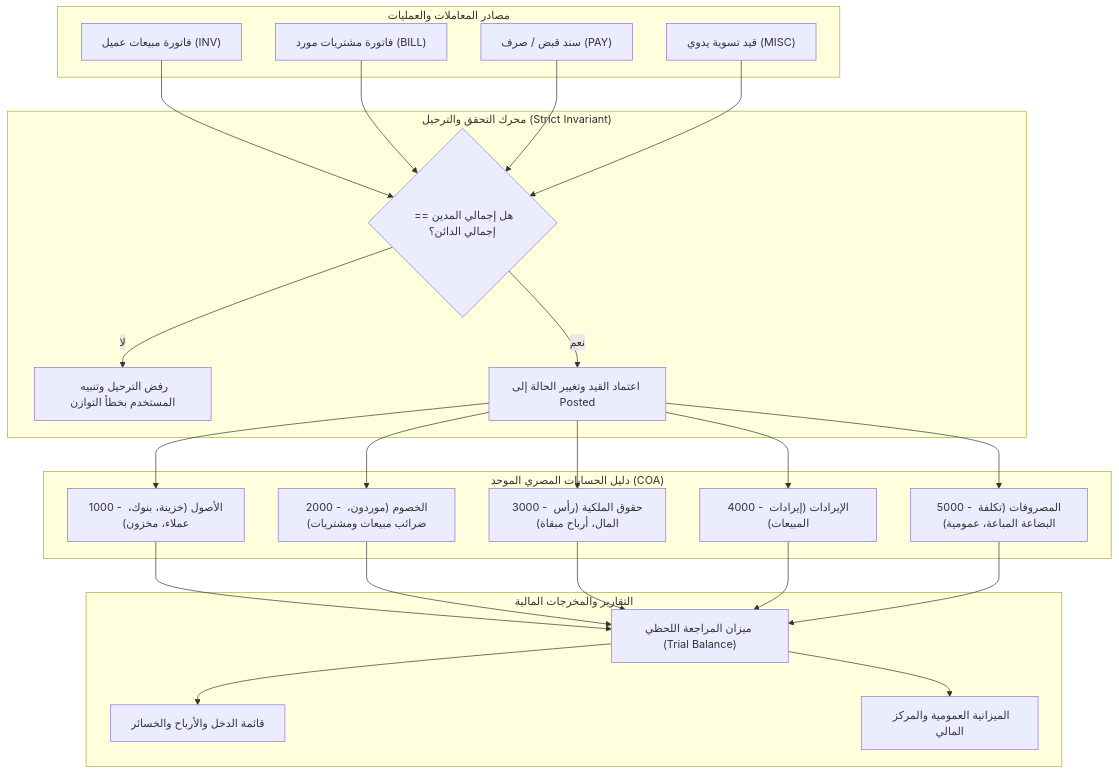
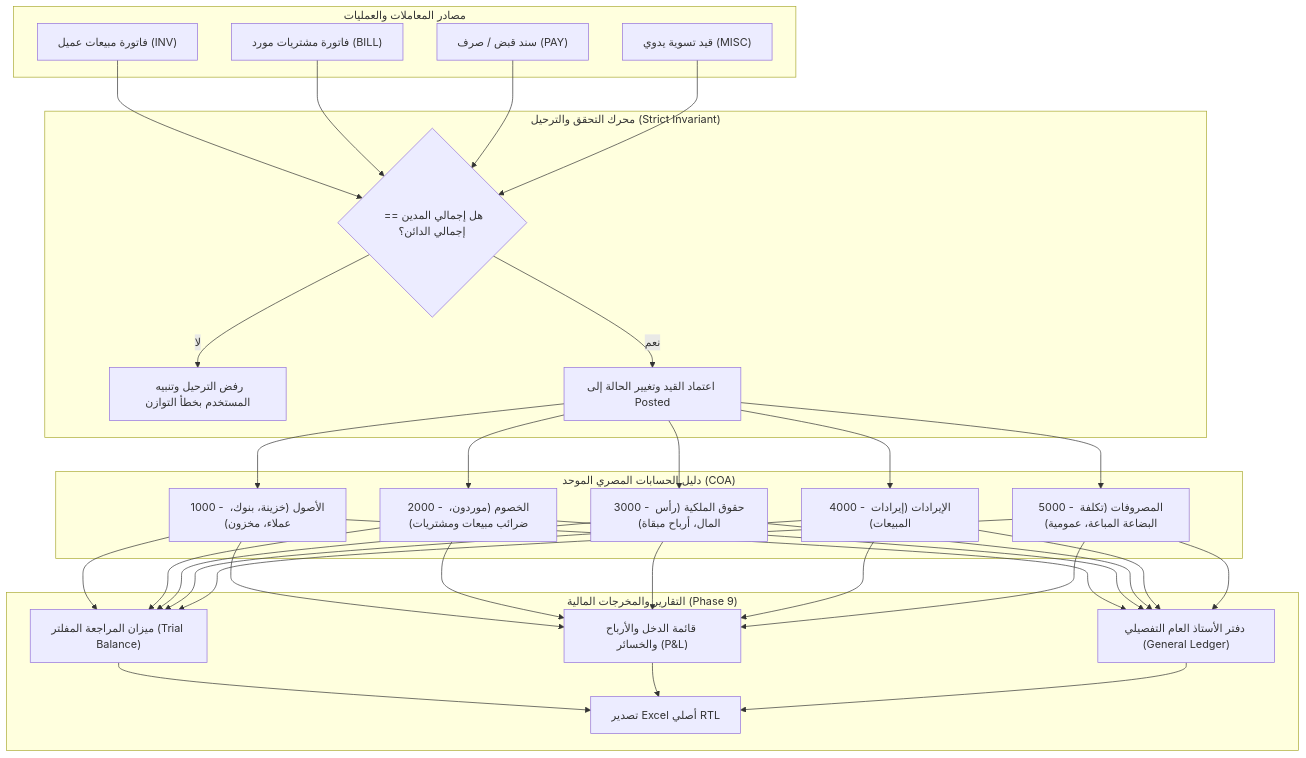
The sixth of 8 diagrams in README.md (Omar-b381/MIZAN-ERP), drawn with Mermaid before and after one commit. The commit also changed other lines of this file, not shown here.

Commit message:
docs: update README with Phase 9 reports, printing diagrams and full test metrics

````diff
--- a/README.md
+++ b/README.md
@@ -243,36 +256,37 @@
 ```mermaid
 flowchart TD
     subgraph Transaction_Sources ["مصادر المعاملات والعمليات"]
         T1["فاتورة مبيعات عميل (INV)"]
         T2["فاتورة مشتريات مورد (BILL)"]
         T3["سند قبض / صرف (PAY)"]
         T4["قيد تسوية يدوي (MISC)"]
     end
 
     subgraph Validation ["محرك التحقق والترحيل (Strict Invariant)"]
         Engine{"هل إجمالي المدين == إجمالي الدائن؟"}
         Reject["رفض الترحيل وتنبيه المستخدم بخطأ التوازن"]
         Post["اعتماد القيد وتغيير الحالة إلى Posted"]
     end
 
     subgraph Chart_Of_Accounts ["دليل الحسابات المصري الموحد (COA)"]
         Assets["1000 - الأصول (خزينة، بنوك، عملاء، مخزون)"]
         Liabilities["2000 - الخصوم (موردون، ضرائب مبيعات ومشتريات)"]
         Equity["3000 - حقوق الملكية (رأس المال، أرباح مبقاة)"]
         Revenue["4000 - الإيرادات (إيرادات المبيعات)"]
         Expenses["5000 - المصروفات (تكلفة البضاعة المباعة، عمومية)"]
     end
 
-    subgraph Reporting ["التقارير والمخرجات المالية"]
-        TB["ميزان المراجعة اللحظي (Trial Balance)"]
-        IS["قائمة الدخل والأرباح والخسائر"]
-        BS["الميزانية العمومية والمركز المالي"]
+    subgraph Reporting ["التقارير والمخرجات المالية (Phase 9)"]
+        TB["ميزان المراجعة المفلتر (Trial Balance)"]
+        IS["قائمة الدخل والأرباح والخسائر (P&L)"]
+        GL_Det["دفتر الأستاذ العام التفصيلي (General Ledger)"]
+        Excel["تصدير Excel أصلي RTL"]
     end
 
     T1 & T2 & T3 & T4 --> Engine
     Engine -->|لا| Reject
     Engine -->|نعم| Post
     Post --> Assets & Liabilities & Equity & Revenue & Expenses
-    Assets & Liabilities & Equity & Revenue & Expenses --> TB
-    TB --> IS & BS
+    Assets & Liabilities & Equity & Revenue & Expenses --> TB & IS & GL_Det
+    TB & IS & GL_Det --> Excel
 ```
````
